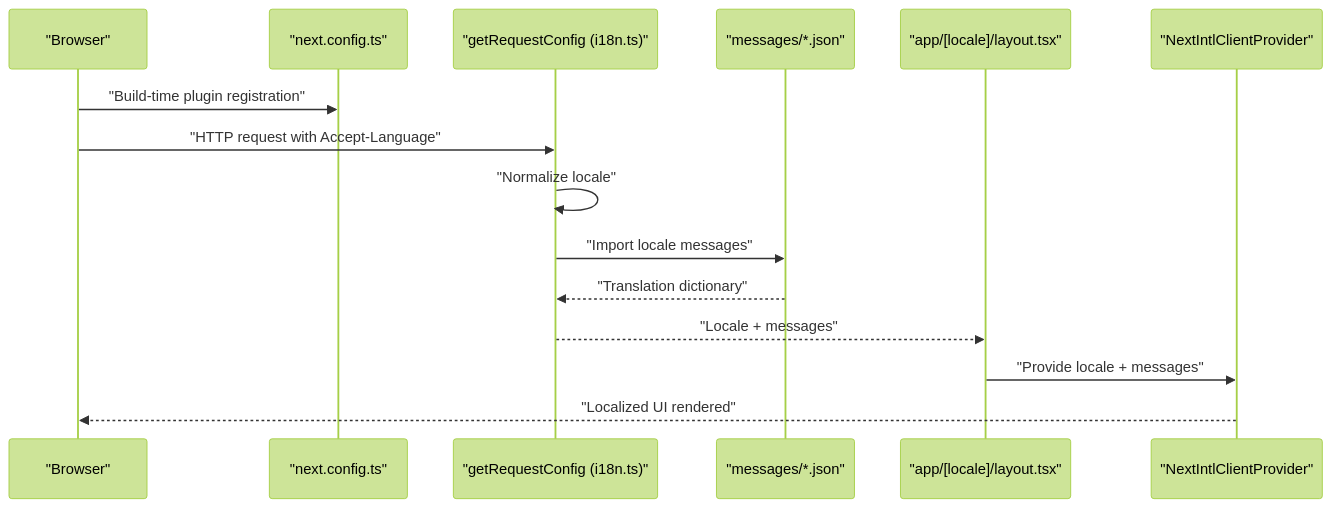
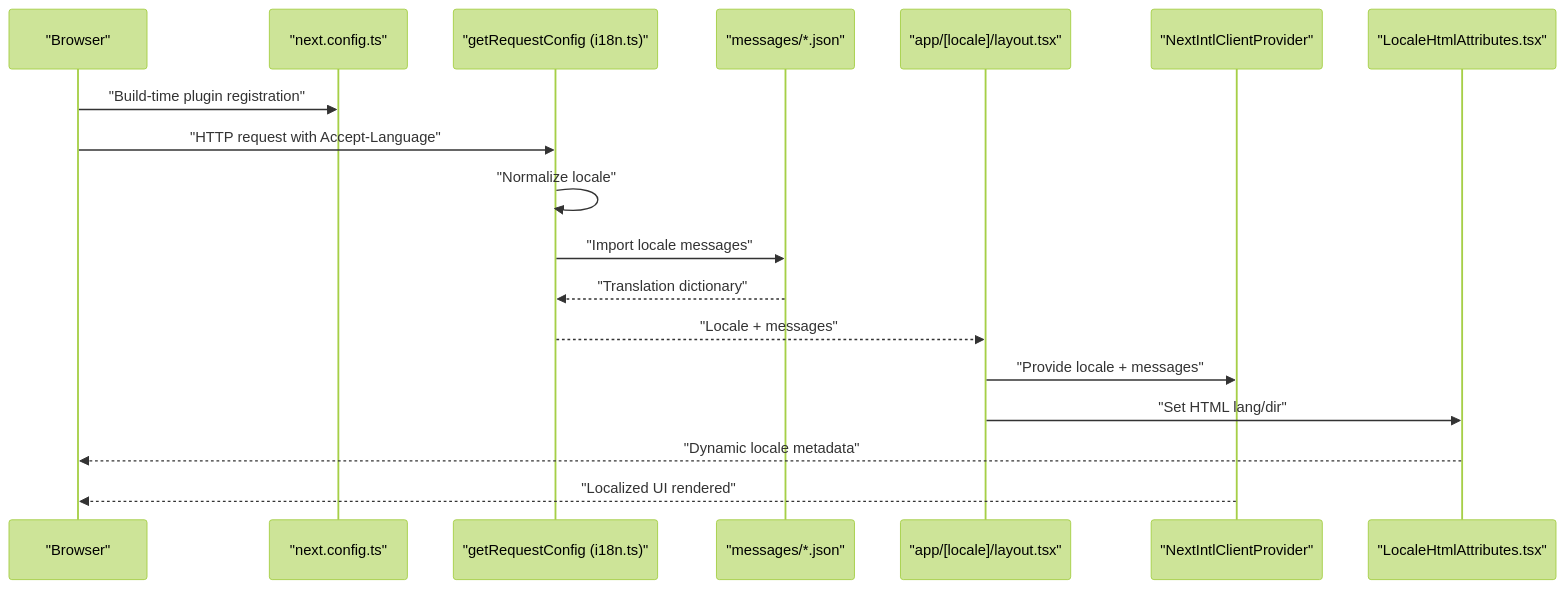
The second of 12 diagrams in .qoder/repowiki/en/content/Internationalization.md (mustafaalkusaj/appschoolmustafa2002), drawn with Mermaid (forest theme) before and after one commit. The commit also changed other lines of this file and 8 other files, not shown here.

````diff
--- a/.qoder/repowiki/en/content/Internationalization.md
+++ b/.qoder/repowiki/en/content/Internationalization.md
@@ -116,17 +123,20 @@
 ```mermaid
 sequenceDiagram
 participant Browser as "Browser"
 participant NextCfg as "next.config.ts"
 participant Server as "getRequestConfig (i18n.ts)"
 participant Messages as "messages/*.json"
 participant ClientLayout as "app/[locale]/layout.tsx"
 participant Intl as "NextIntlClientProvider"
+participant HtmlAttrs as "LocaleHtmlAttributes.tsx"
 Browser->>NextCfg : "Build-time plugin registration"
 Browser->>Server : "HTTP request with Accept-Language"
 Server->>Server : "Normalize locale"
 Server->>Messages : "Import locale messages"
 Messages-->>Server : "Translation dictionary"
 Server-->>ClientLayout : "Locale + messages"
 ClientLayout->>Intl : "Provide locale + messages"
+ClientLayout->>HtmlAttrs : "Set HTML lang/dir"
+HtmlAttrs-->>Browser : "Dynamic locale metadata"
 Intl-->>Browser : "Localized UI rendered"
 ```
````
